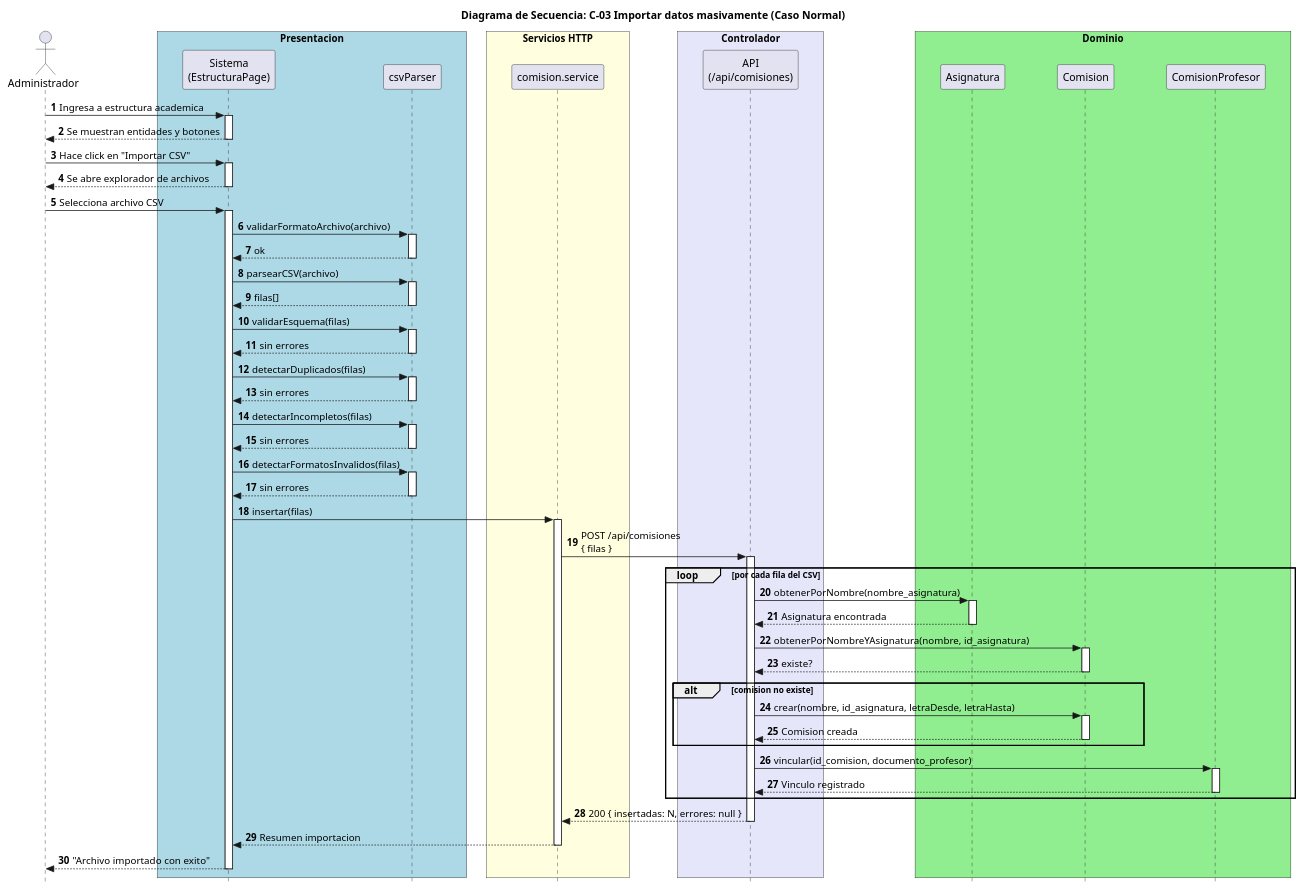
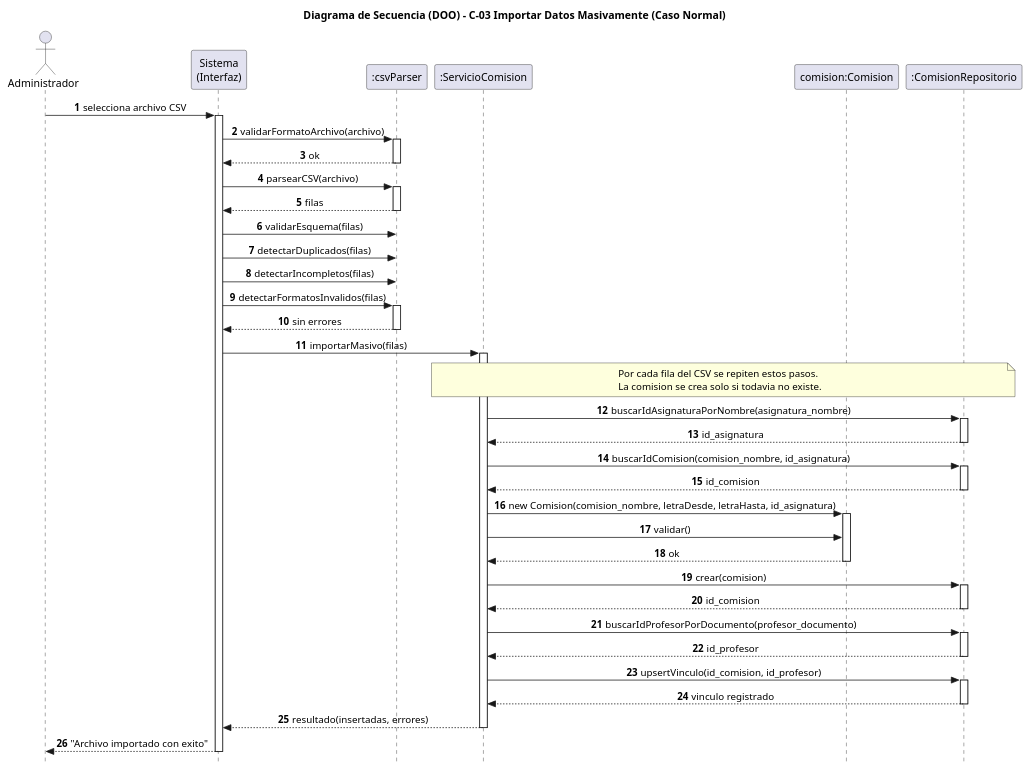
Before and after one commit to SantiagoScetti/sic-unne-admin: the diagram in docs/puml/actualizacion_claude/C-03 Importar datos masivamente (Caso Normal).puml, drawn with PlantUML. The commit also changed 49 other files, not shown here.

Commit message:
Código: un solo patrón (Estado), legacy borrado, 38 tests pasando. Diagramas de secuencia DOO + trazabilidad, diagrama de clases con recuadro, mapa del repo, README de tests

```diff
--- a/docs/puml/actualizacion_claude/C-03 Importar datos masivamente (Caso Normal).puml
+++ b/docs/puml/actualizacion_claude/C-03 Importar datos masivamente (Caso Normal).puml
@@ -1,112 +1,84 @@
 @startuml
+title Diagrama de Secuencia (DOO) - C-03 Importar Datos Masivamente (Caso Normal)
 
-title Diagrama de Secuencia: C-03 Importar datos masivamente (Caso Normal)
+' La Interfaz valida y parsea el CSV con el objeto csvParser (validaciones de
+' presentacion). Con las filas validas invoca a ServicioComision.importarMasivo,
+' que procesa fila por fila, delegando busquedas y altas en el repositorio y la
+' validacion de negocio en la entidad Comision.
 
 skinparam style strictuml
-skinparam ParticipantPadding 30
-skinparam BoxPadding 12
-
+skinparam sequenceMessageAlign center
+hide footbox
 autonumber
 
-actor Administrador
+actor Administrador as Admin
 
-box "Presentacion" #LightBlue
-  participant "Sistema\n(EstructuraPage)" as Interfaz
-  participant "csvParser"                 as Parser
-end box
+participant "Sistema\n(Interfaz)"     as UI
+participant ":csvParser"             as Parser
+participant ":ServicioComision"      as Serv
+participant "comision:Comision"      as Com
+participant ":ComisionRepositorio"   as Repo
 
-box "Servicios HTTP" #LightYellow
-  participant "comision.service" as Service
-end box
+Admin -> UI : selecciona archivo CSV
+activate UI
 
-box "Controlador" #Lavender
-  participant "API\n(/api/comisiones)" as API
-end box
-
-box "Dominio" #LightGreen
-  participant "Asignatura"       as Asignatura
-  participant "Comision"         as Comision
-  participant "ComisionProfesor" as ComisionProfesor
-end box
-
-Administrador -> Interfaz: Ingresa a estructura academica
-activate Interfaz
-Interfaz --> Administrador: Se muestran entidades y botones
-deactivate Interfaz
-
-Administrador -> Interfaz: Hace click en "Importar CSV"
-activate Interfaz
-Interfaz --> Administrador: Se abre explorador de archivos
-deactivate Interfaz
-
-Administrador -> Interfaz: Selecciona archivo CSV
-activate Interfaz
-
-Interfaz -> Parser: validarFormatoArchivo(archivo)
+UI -> Parser : validarFormatoArchivo(archivo)
 activate Parser
-Parser --> Interfaz: ok
+Parser --> UI : ok
 deactivate Parser
 
-Interfaz -> Parser: parsearCSV(archivo)
+UI -> Parser : parsearCSV(archivo)
 activate Parser
-Parser --> Interfaz: filas[]
+Parser --> UI : filas
 deactivate Parser
 
-Interfaz -> Parser: validarEsquema(filas)
+UI -> Parser : validarEsquema(filas)
+UI -> Parser : detectarDuplicados(filas)
+UI -> Parser : detectarIncompletos(filas)
+UI -> Parser : detectarFormatosInvalidos(filas)
 activate Parser
-Parser --> Interfaz: sin errores
+Parser --> UI : sin errores
 deactivate Parser
 
-Interfaz -> Parser: detectarDuplicados(filas)
-activate Parser
-Parser --> Interfaz: sin errores
-deactivate Parser
+UI -> Serv : importarMasivo(filas)
+activate Serv
 
-Interfaz -> Parser: detectarIncompletos(filas)
-activate Parser
-Parser --> Interfaz: sin errores
-deactivate Parser
+note over Serv, Repo : Por cada fila del CSV se repiten estos pasos.\nLa comision se crea solo si todavia no existe.
 
-Interfaz -> Parser: detectarFormatosInvalidos(filas)
-activate Parser
-Parser --> Interfaz: sin errores
-deactivate Parser
+Serv -> Repo : buscarIdAsignaturaPorNombre(asignatura_nombre)
+activate Repo
+Repo --> Serv : id_asignatura
+deactivate Repo
 
-Interfaz -> Service: insertar(filas)
-activate Service
-Service -> API: POST /api/comisiones\n{ filas }
-activate API
+Serv -> Repo : buscarIdComision(comision_nombre, id_asignatura)
+activate Repo
+Repo --> Serv : id_comision
+deactivate Repo
 
-loop por cada fila del CSV
-  API -> Asignatura: obtenerPorNombre(nombre_asignatura)
-  activate Asignatura
-  Asignatura --> API: Asignatura encontrada
-  deactivate Asignatura
+Serv -> Com : new Comision(comision_nombre, letraDesde, letraHasta, id_asignatura)
+activate Com
+Serv -> Com : validar()
+Com --> Serv : ok
+deactivate Com
 
-  API -> Comision: obtenerPorNombreYAsignatura(nombre, id_asignatura)
-  activate Comision
-  Comision --> API: existe?
-  deactivate Comision
+Serv -> Repo : crear(comision)
+activate Repo
+Repo --> Serv : id_comision
+deactivate Repo
 
-  alt comision no existe
-    API -> Comision: crear(nombre, id_asignatura, letraDesde, letraHasta)
-    activate Comision
-    Comision --> API: Comision creada
-    deactivate Comision
-  end
+Serv -> Repo : buscarIdProfesorPorDocumento(profesor_documento)
+activate Repo
+Repo --> Serv : id_profesor
+deactivate Repo
 
-  API -> ComisionProfesor: vincular(id_comision, documento_profesor)
-  activate ComisionProfesor
-  ComisionProfesor --> API: Vinculo registrado
-  deactivate ComisionProfesor
-end
+Serv -> Repo : upsertVinculo(id_comision, id_profesor)
+activate Repo
+Repo --> Serv : vinculo registrado
+deactivate Repo
 
-API --> Service: 200 { insertadas: N, errores: null }
-deactivate API
-Service --> Interfaz: Resumen importacion
-deactivate Service
-
-Interfaz --> Administrador: "Archivo importado con exito"
-deactivate Interfaz
+Serv --> UI : resultado(insertadas, errores)
+deactivate Serv
+UI --> Admin : "Archivo importado con exito"
+deactivate UI
 
 @enduml
```
